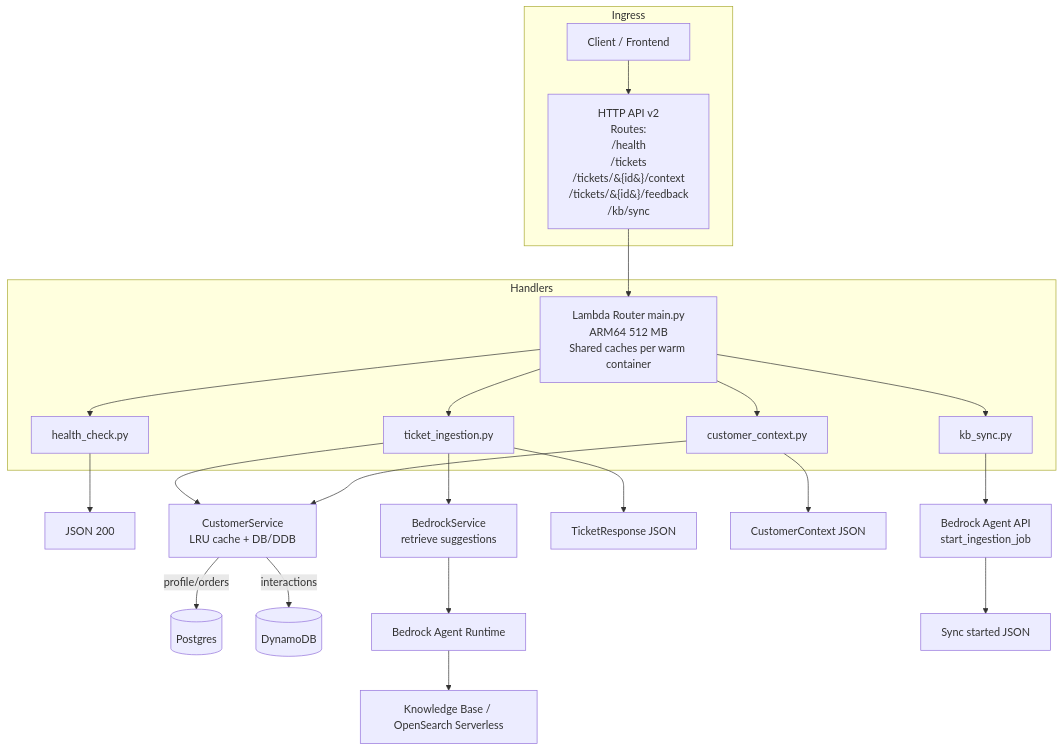
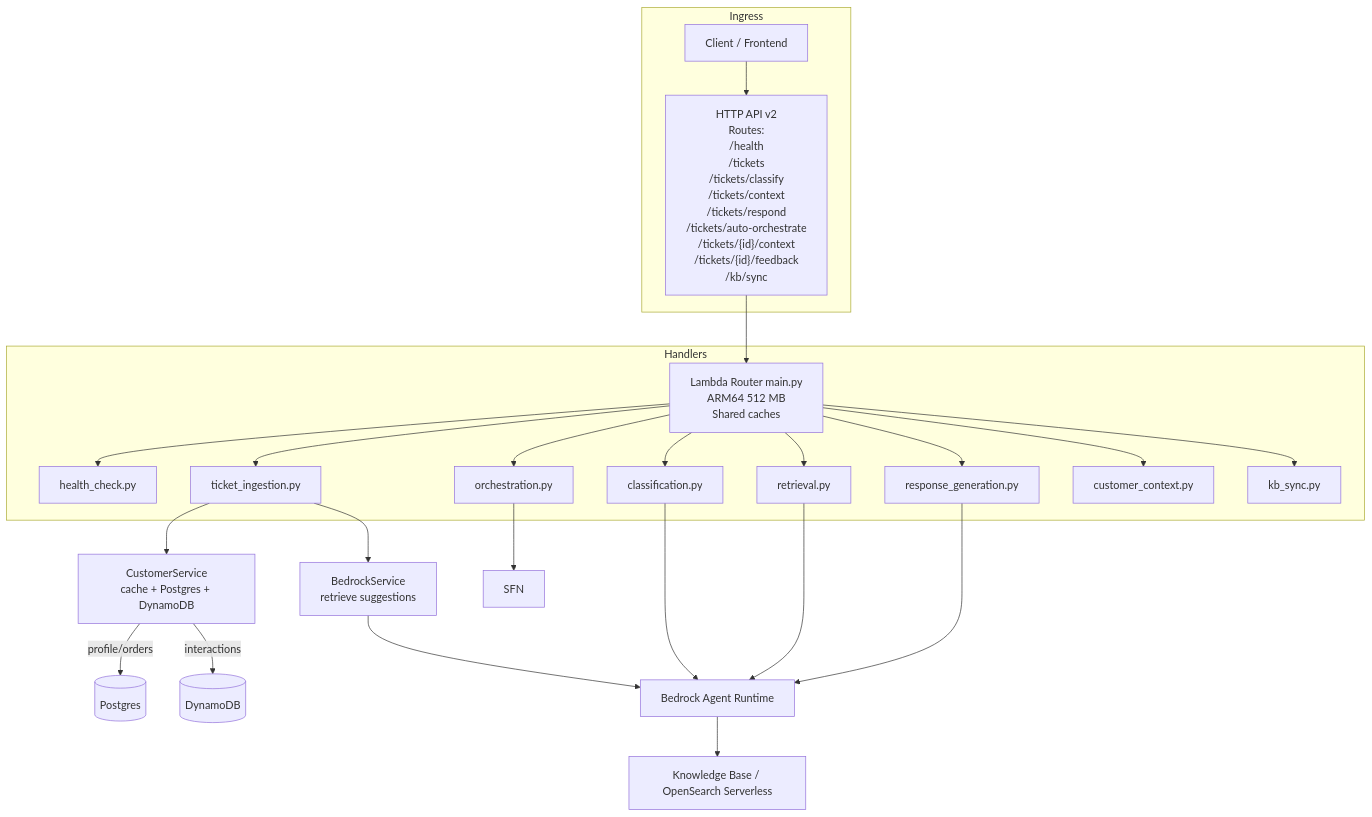
One commit to Sumitbhoyar/customer-support-copilot changed the fourth of 5 diagrams in docs/architecture.md. Above: the diagram before and after it, drawn with Mermaid. The commit also changed other lines of this file and 25 other files, not shown here.

````diff
--- a/docs/architecture.md
+++ b/docs/architecture.md
@@ -62,28 +71,29 @@
 ```mermaid
 flowchart TB
   subgraph Ingress
-    Client["Client / Frontend"] --> API["HTTP API v2<br/>Routes:<br/>/health<br/>/tickets<br/>/tickets/&#123;id&#125;/context<br/>/tickets/&#123;id&#125;/feedback<br/>/kb/sync"]
+    Client["Client / Frontend"] --> API["HTTP API v2<br/>Routes:<br/>/health<br/>/tickets<br/>/tickets/classify<br/>/tickets/context<br/>/tickets/respond<br/>/tickets/auto-orchestrate<br/>/tickets/{id}/context<br/>/tickets/{id}/feedback<br/>/kb/sync"]
   end
 
-  API --> Lmain["Lambda Router main.py<br/>ARM64 512 MB<br/>Shared caches per warm container"]
+  API --> Lmain["Lambda Router main.py<br/>ARM64 512 MB<br/>Shared caches"]
 
   subgraph Handlers
     Lmain --> Hhealth[health_check.py]
-    Lmain --> Hticket[ticket_ingestion.py]
+    Lmain --> Hingest[ticket_ingestion.py]
+    Lmain --> Hclass[classification.py]
+    Lmain --> Hret[retrieval.py]
+    Lmain --> Hresp[response_generation.py]
+    Lmain --> Horch[orchestration.py]
     Lmain --> Hcontext[customer_context.py]
     Lmain --> Hsync[kb_sync.py]
   end
 
-  Hhealth --> Resp1["JSON 200"]
-  Hticket --> SvcCust["CustomerService<br/>LRU cache + DB/DDB"] -->|profile/orders| RDS[(Postgres)]
-  SvcCust -->|interactions| DDB[(DynamoDB)]
-  Hticket --> SvcKB["BedrockService<br/>retrieve suggestions"] --> BRRT["Bedrock Agent Runtime"]
+  Hingest --> CustSvc["CustomerService<br/>cache + Postgres + DynamoDB"] -->|profile/orders| RDS[(Postgres)]
+  CustSvc -->|interactions| DDB[(DynamoDB)]
+  Hingest --> KBsvc["BedrockService<br/>retrieve suggestions"] --> BRRT["Bedrock Agent Runtime"]
   BRRT --> BR["Knowledge Base / OpenSearch Serverless"]
-  Hticket --> Resp2["TicketResponse JSON"]
 
-  Hcontext --> SvcCust
-  Hcontext --> Resp3["CustomerContext JSON"]
-
-  Hsync --> BRAPI["Bedrock Agent API<br/>start_ingestion_job"]
-  BRAPI --> Resp4["Sync started JSON"]
+  Hclass --> BRRT
+  Hret --> BRRT
+  Hresp --> BRRT
+  Horch --> SFN
 ```
````
